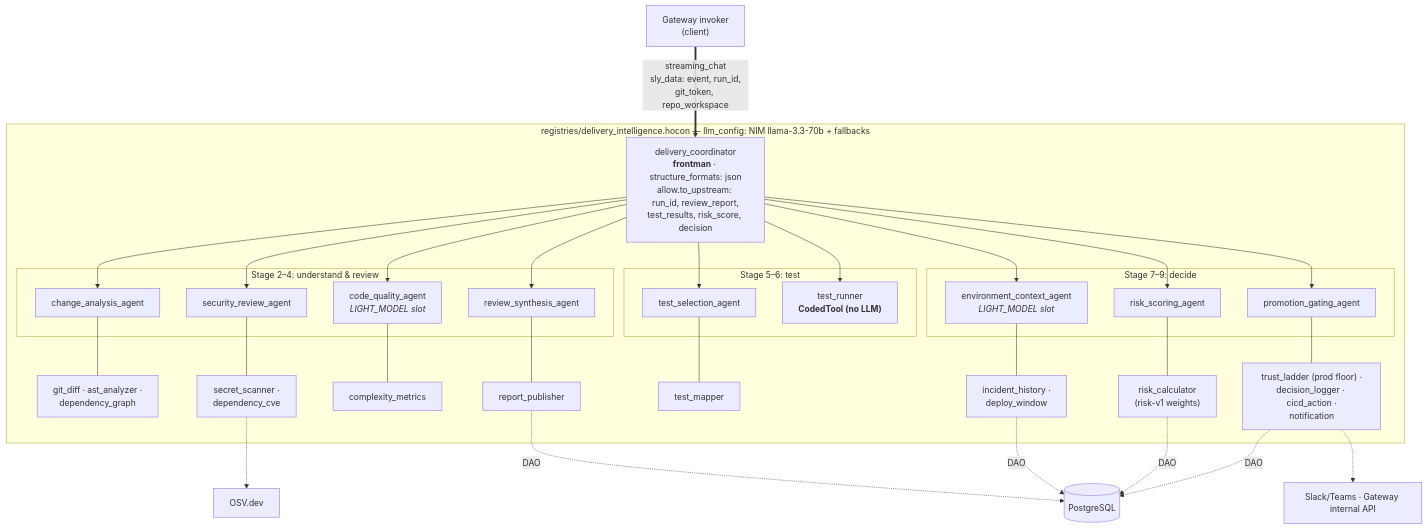
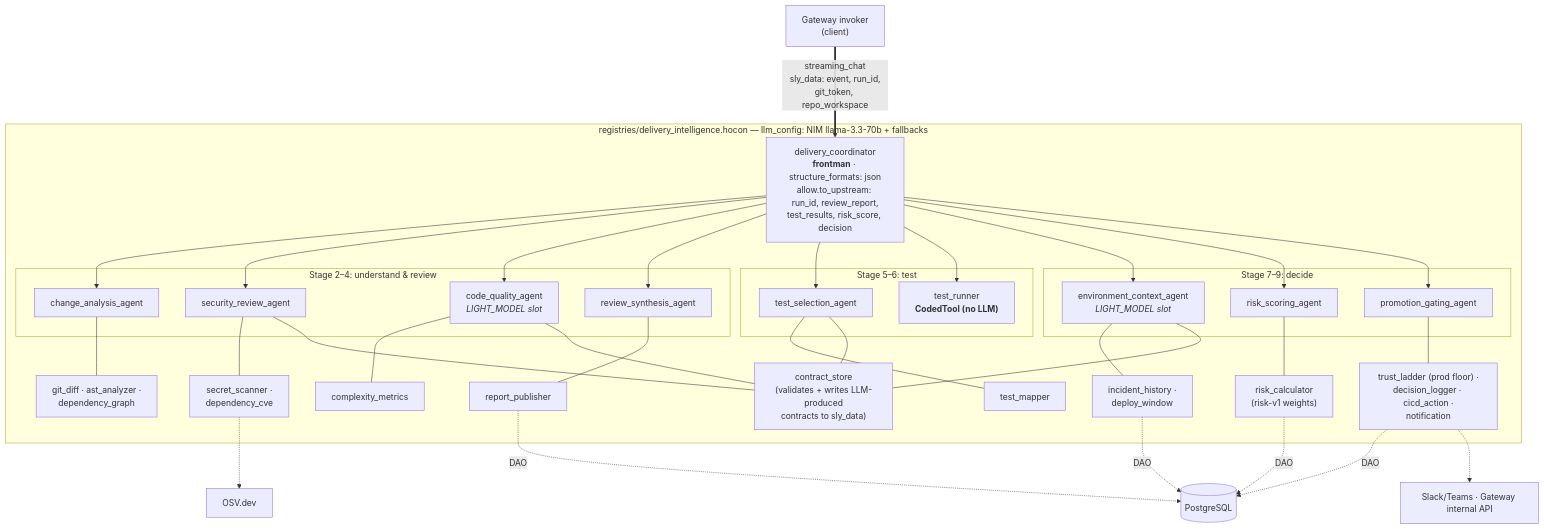
Before and after one commit to anandharshit712/Sentinel: the third of 6 diagrams in docs/solution/05-architecture-diagram.md, drawn with Mermaid. The commit also changed other lines of this file and 8 other files, not shown here.

````diff
--- a/docs/solution/05-architecture-diagram.md
+++ b/docs/solution/05-architecture-diagram.md
@@ -96,47 +96,49 @@
 ```mermaid
 flowchart TD
     GWC["Gateway invoker<br/>(client)"] ==>|"streaming_chat<br/>sly_data: event, run_id,<br/>git_token, repo_workspace"| FM
 
     subgraph NET["registries/delivery_intelligence.hocon — llm_config: NIM llama-3.3-70b + fallbacks"]
         FM["delivery_coordinator<br/><b>frontman</b> · structure_formats: json<br/>allow.to_upstream: run_id, review_report,<br/>test_results, risk_score, decision"]
 
         subgraph STAGE_A["Stage 2–4: understand & review"]
             CA["change_analysis_agent"]
             SR["security_review_agent"]
             QR["code_quality_agent<br/><i>LIGHT_MODEL slot</i>"]
             RS["review_synthesis_agent"]
         end
         subgraph STAGE_B["Stage 5–6: test"]
             TS["test_selection_agent"]
             TE["test_runner<br/><b>CodedTool (no LLM)</b>"]
         end
         subgraph STAGE_C["Stage 7–9: decide"]
             EC["environment_context_agent<br/><i>LIGHT_MODEL slot</i>"]
             RK["risk_scoring_agent"]
             PGA["promotion_gating_agent"]
         end
 
         T_CA["git_diff · ast_analyzer ·<br/>dependency_graph"]
         T_SR["secret_scanner ·<br/>dependency_cve"]
         T_QR["complexity_metrics"]
         T_RS["report_publisher"]
         T_TS["test_mapper"]
         T_EC["incident_history ·<br/>deploy_window"]
         T_RK["risk_calculator<br/>(risk-v1 weights)"]
         T_PG["trust_ladder (prod floor) ·<br/>decision_logger · cicd_action ·<br/>notification"]
+        T_CS["contract_store<br/>(validates + writes LLM-produced<br/>contracts to sly_data)"]
 
         FM --> CA & SR & QR & RS & TS & TE & EC & RK & PGA
         CA --- T_CA
         SR --- T_SR
         QR --- T_QR
         RS --- T_RS
         TS --- T_TS
         EC --- T_EC
         RK --- T_RK
         PGA --- T_PG
+        SR & QR & TS & EC --- T_CS
     end
 
     T_RS & T_RK & T_PG & T_EC -.->|"DAO"| PG[("PostgreSQL")]
     T_SR -.-> OSV["OSV.dev"]
     T_PG -.-> SLKX["Slack/Teams · Gateway internal API"]
 ```
````
